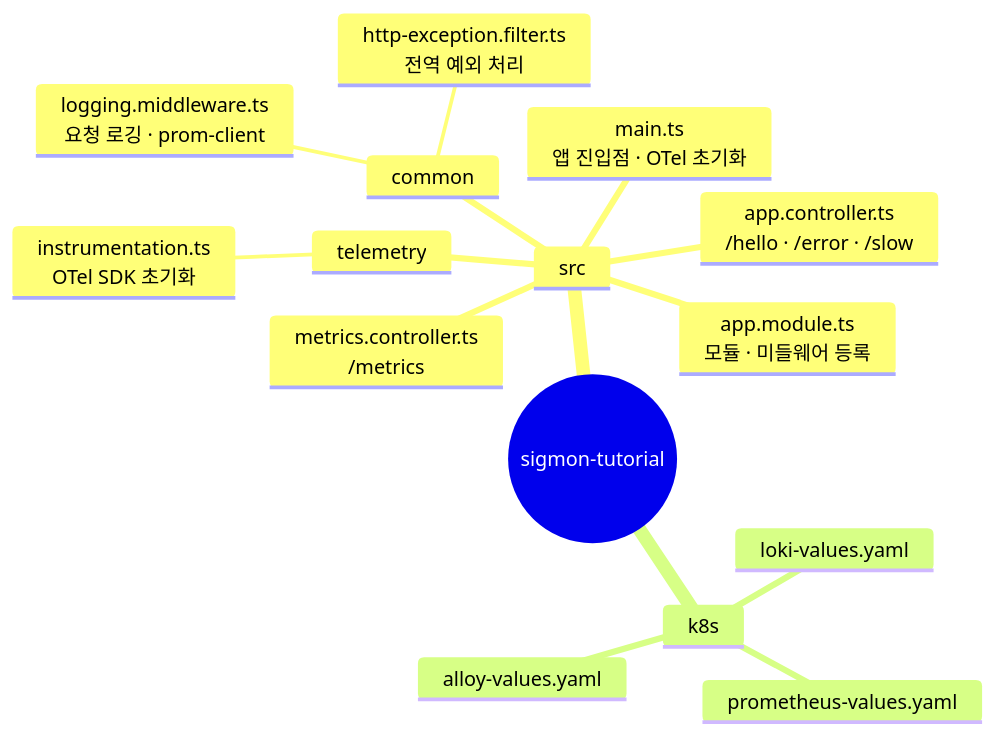
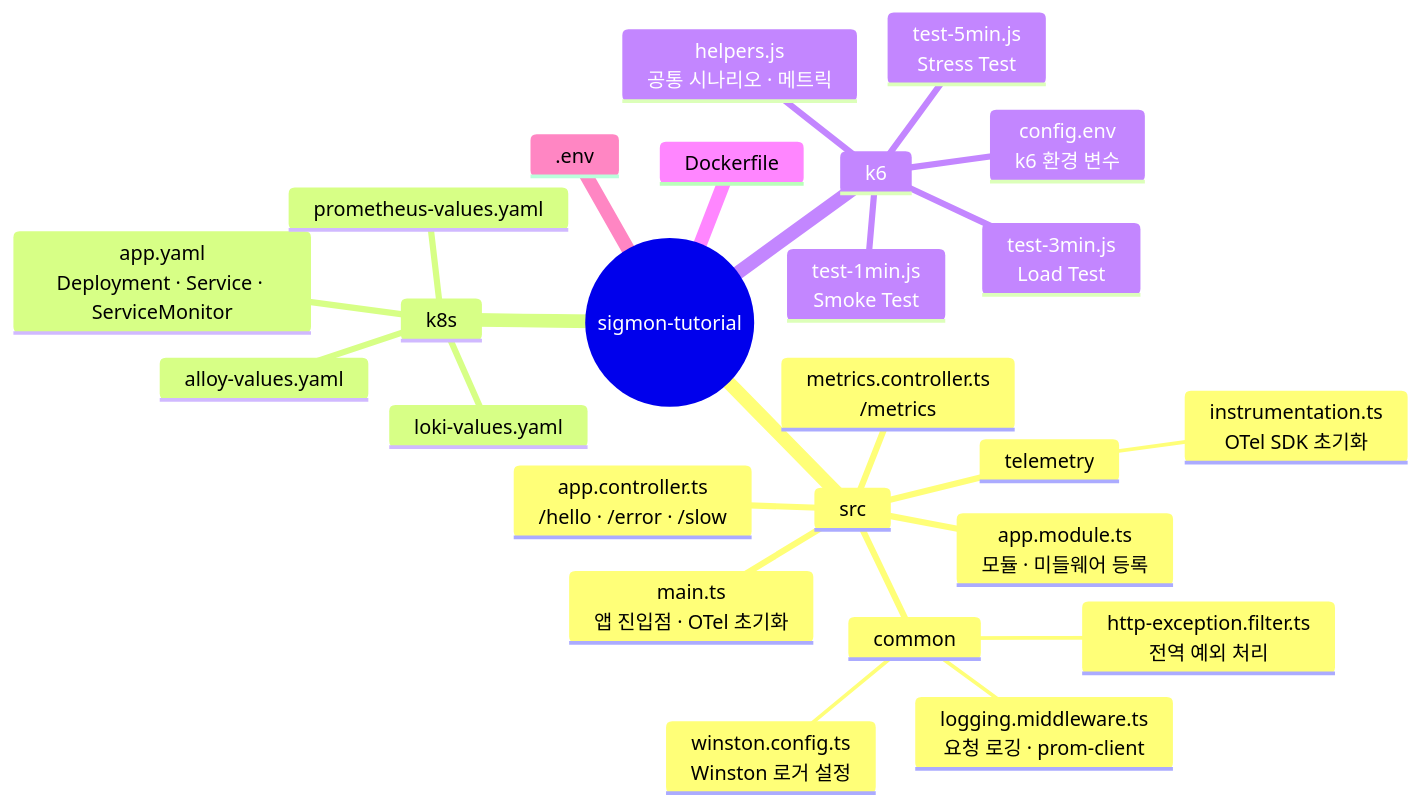
One commit to shhan-ops/sigmon-tutorial changed the second of 6 diagrams in README.md. Above: the diagram before and after it, drawn with Mermaid. The commit also changed other lines of this file and 3 other files, not shown here.

````diff
--- a/README.md
+++ b/README.md
@@ -56,18 +58,28 @@
 ```mermaid
 mindmap
   root((sigmon-tutorial))
     src
       main.ts<br/>앱 진입점 · OTel 초기화
       app.module.ts<br/>모듈 · 미들웨어 등록
       app.controller.ts<br/>/hello · /error · /slow
       metrics.controller.ts<br/>/metrics
       common
+        winston.config.ts<br/>Winston 로거 설정
         logging.middleware.ts<br/>요청 로깅 · prom-client
         http-exception.filter.ts<br/>전역 예외 처리
       telemetry
         instrumentation.ts<br/>OTel SDK 초기화
     k8s
+      app.yaml<br/>Deployment · Service · ServiceMonitor
       prometheus-values.yaml
       loki-values.yaml
       alloy-values.yaml
+    k6
+      helpers.js<br/>공통 시나리오 · 메트릭
+      test-1min.js<br/>Smoke Test
+      test-3min.js<br/>Load Test
+      test-5min.js<br/>Stress Test
+      config.env<br/>k6 환경 변수
+    Dockerfile
+    .env
 ```
````
